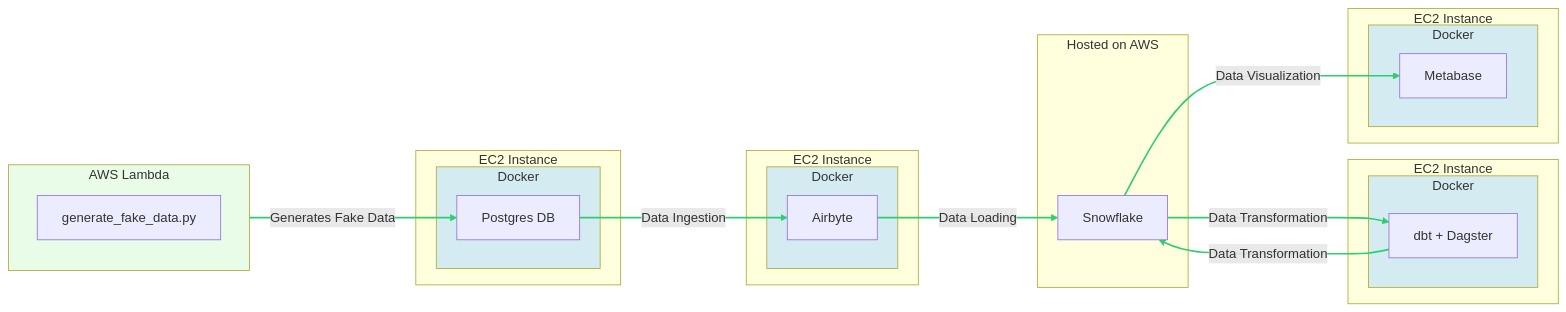
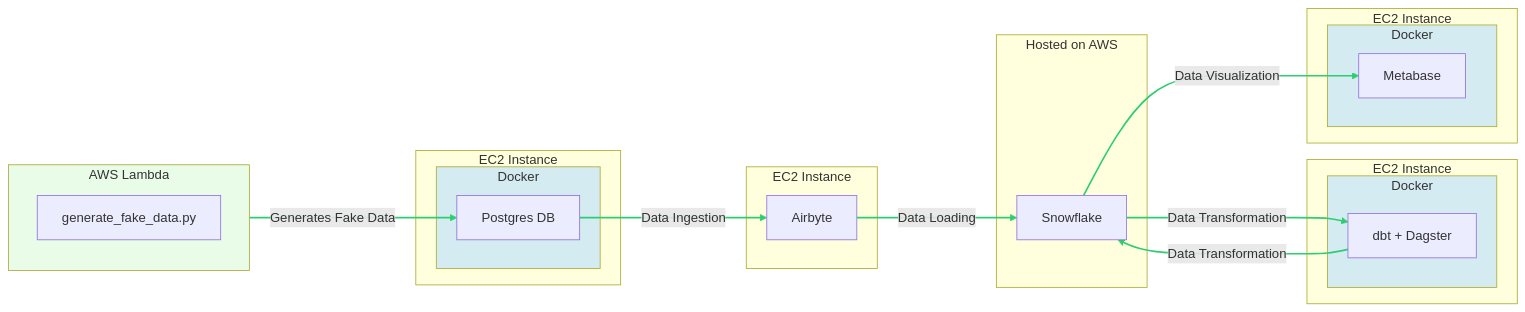
Before and after one commit to oresttokovenko/RetailFlow: the diagram in README.md, drawn with Mermaid.

Commit message:
Remove Docker from Airbyte EC2 instance

````diff
--- a/README.md
+++ b/README.md
@@ -19,48 +19,45 @@
 ```mermaid
 graph LR
   subgraph L["AWS Lambda"]
     style L fill:#e8fce8
     LA["generate_fake_data.py"]
   end
   subgraph EC2_1["EC2 Instance"]
     subgraph D1["Docker"]
       style D1 fill:#d4ebf2
       P["Postgres DB"]
     end
   end
   subgraph EC2_2["EC2 Instance"]
-    subgraph D2["Docker"]
-      style D2 fill:#d4ebf2
       A["Airbyte"]
-    end
   end
   subgraph EC2_5["Hosted on AWS"]
       S["Snowflake"]
   end
   subgraph EC2_3["EC2 Instance"]
     subgraph D3["Docker"]
       style D3 fill:#d4ebf2
       D["dbt +  Dagster"]
     end
   end
   subgraph EC2_4["EC2 Instance"]
     subgraph D4["Docker"]
       style D4 fill:#d4ebf2
       M["Metabase"]
     end
   end
   L -- "Generates Fake Data" --> P
   P -- "Data Ingestion" --> A
   A -- "Data Loading" --> S
   S -- "Data Transformation" --> D
   D -- "Data Transformation" --> S
   S -- "Data Visualization" --> M
 
 
 linkStyle 0 stroke:#2ecd71,stroke-width:2px;
 linkStyle 1 stroke:#2ecd71,stroke-width:2px;
 linkStyle 2 stroke:#2ecd71,stroke-width:2px;
 linkStyle 3 stroke:#2ecd71,stroke-width:2px;
 linkStyle 4 stroke:#2ecd71,stroke-width:2px;
 linkStyle 5 stroke:#2ecd71,stroke-width:2px;
 ```
````
